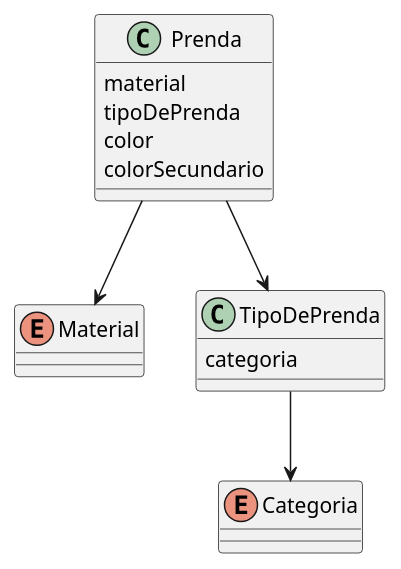
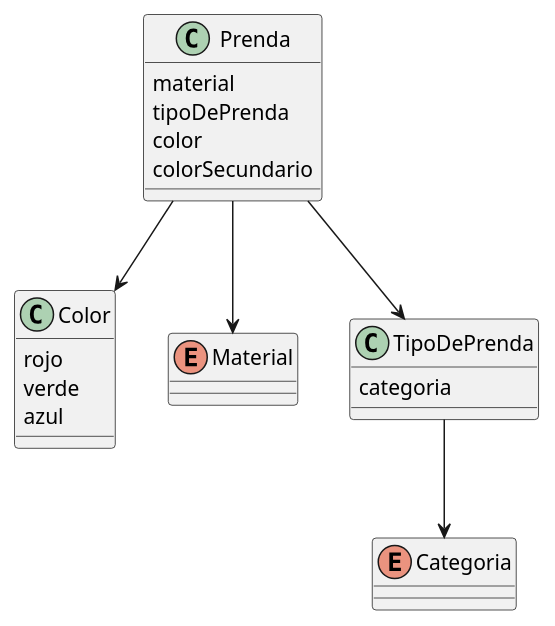
Before and after one commit to mfmarano/dds-qmp: the diagram in Diagrama.wsd, drawn with PlantUML. The commit also changed 2 other files, not shown here.

```diff
--- a/Diagrama.wsd
+++ b/Diagrama.wsd
@@ -1,20 +1,27 @@
 @startuml QMP1
 class Prenda {
   material
   tipoDePrenda
   color
   colorSecundario
+}
+
+class Color {
+  rojo
+  verde
+  azul
 }
 
 enum Material
 
 class TipoDePrenda {
   categoria
 }
 
 enum Categoria
 
 Prenda --> Material
 Prenda --> TipoDePrenda
+Prenda --> Color
 TipoDePrenda --> Categoria
 @enduml
```
